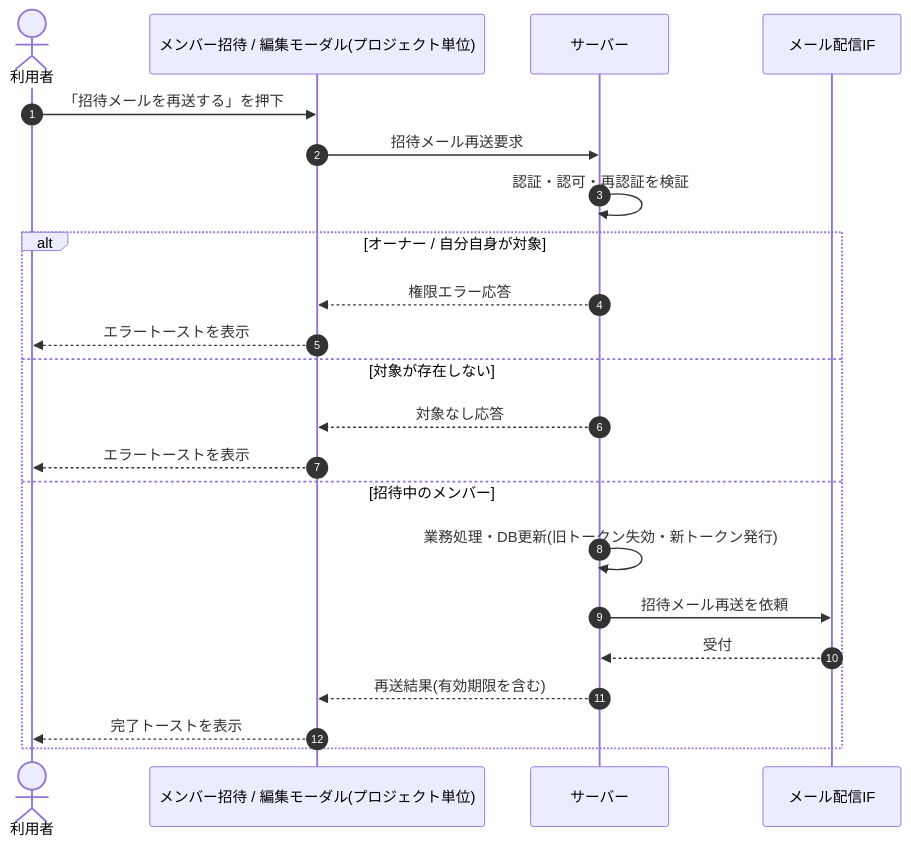
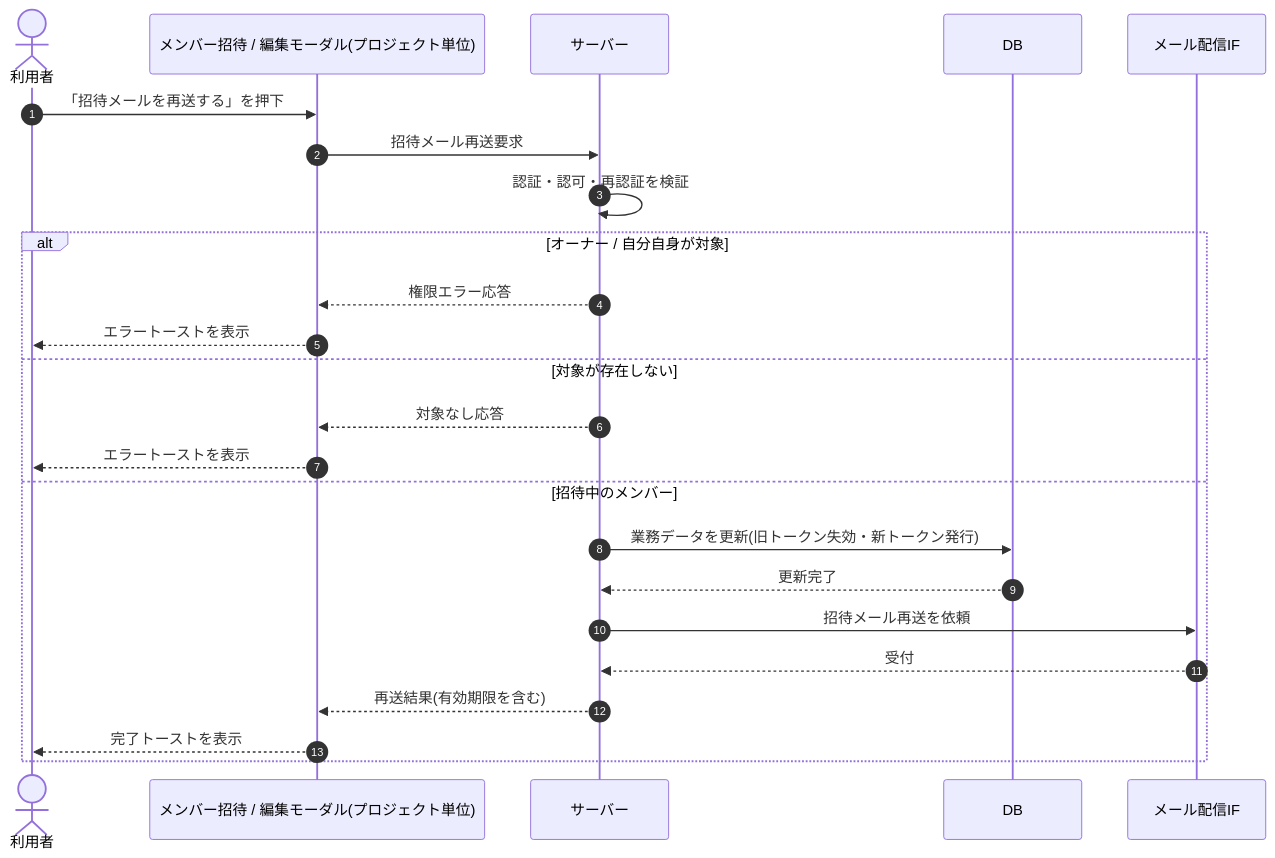
The diagram in 02_basic_design/03_sequences/SEQ-049.md (sikakou54/open-faq), drawn with Mermaid before and after one commit. The commit also changed other lines of this file and 122 other files, not shown here.

First line of the commit message:
シーケンス図に DB アクターを追加(DB 操作をサーバー自己メッセージから分離)

````diff
--- a/02_basic_design/03_sequences/SEQ-049.md
+++ b/02_basic_design/03_sequences/SEQ-049.md
@@ -26,24 +26,26 @@
 ```mermaid
 sequenceDiagram
   autonumber
   actor U as 利用者
   participant Screen as メンバー招待 / 編集モーダル(プロジェクト単位)
   participant Server as サーバー
+  participant DB as DB
   participant MAIL as メール配信IF
   U->>Screen: 「招待メールを再送する」を押下
   Screen->>Server: 招待メール再送要求
   Server->>Server: 認証・認可・再認証を検証
   alt オーナー / 自分自身が対象
     Server-->>Screen: 権限エラー応答
     Screen-->>U: エラートーストを表示
   else 対象が存在しない
     Server-->>Screen: 対象なし応答
     Screen-->>U: エラートーストを表示
   else 招待中のメンバー
-    Server->>Server: 業務処理・DB更新(旧トークン失効・新トークン発行)
+    Server->>DB: 業務データを更新(旧トークン失効・新トークン発行)
+    DB-->>Server: 更新完了
     Server->>MAIL: 招待メール再送を依頼
     MAIL-->>Server: 受付
     Server-->>Screen: 再送結果(有効期限を含む)
     Screen-->>U: 完了トーストを表示
   end
 ```
````
